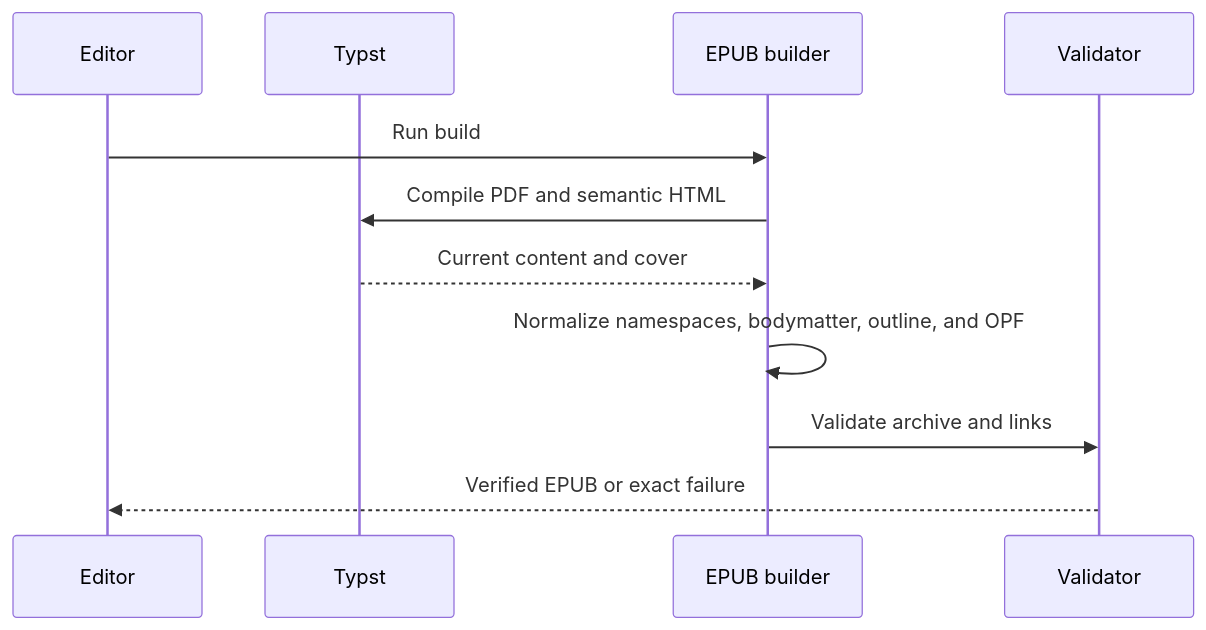
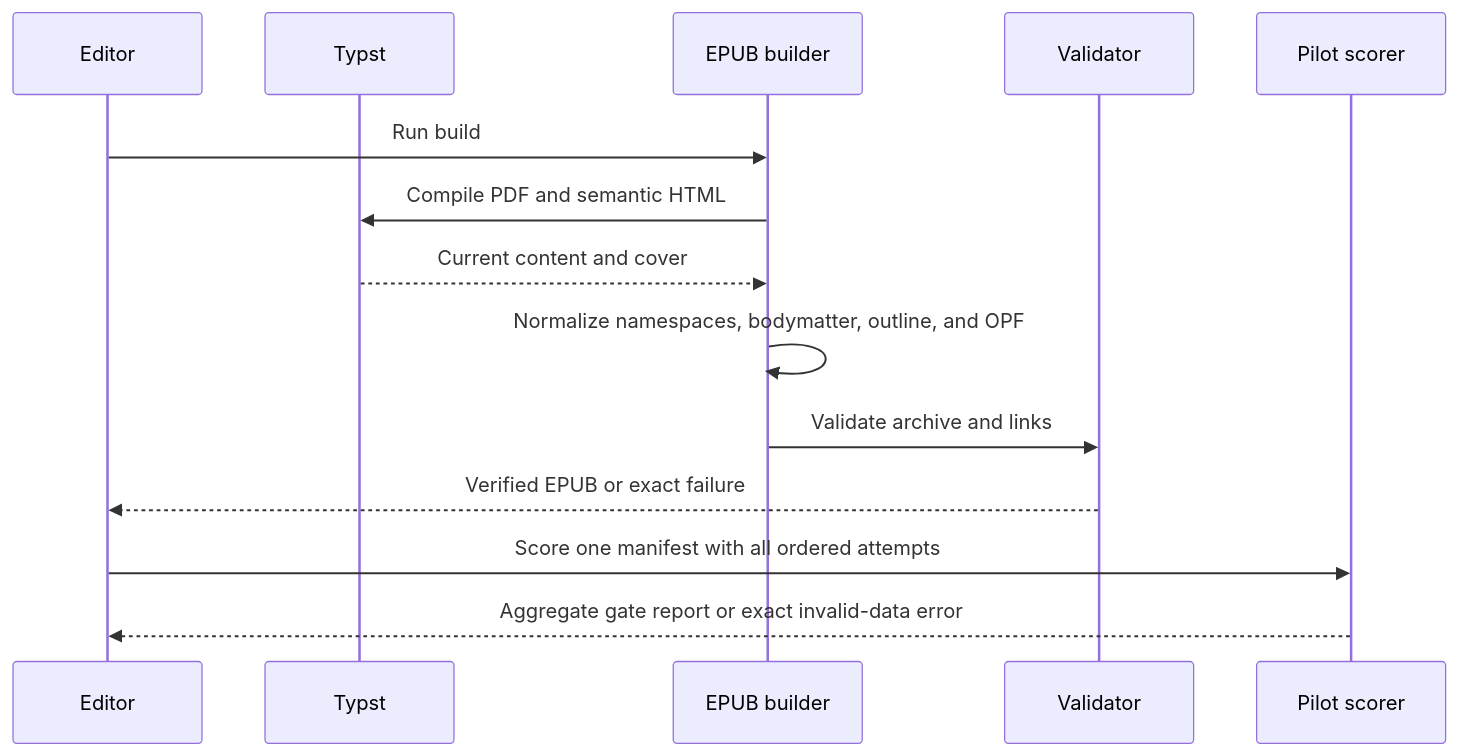
Before and after one commit to streamentry/streamentry: the third of 5 diagrams in scripts/AGENTS.md, drawn with Mermaid. The commit also changed other lines of this file and 45 other files, not shown here.

````diff
--- a/scripts/AGENTS.md
+++ b/scripts/AGENTS.md
@@ -46,13 +59,16 @@
 ```mermaid
 sequenceDiagram
   participant U as Editor
   participant T as Typst
   participant B as EPUB builder
   participant V as Validator
+  participant S as Pilot scorer
   U->>B: Run build
   B->>T: Compile PDF and semantic HTML
   T-->>B: Current content and cover
   B->>B: Normalize namespaces, bodymatter, outline, and OPF
   B->>V: Validate archive and links
   V-->>U: Verified EPUB or exact failure
+  U->>S: Score one manifest with all ordered attempts
+  S-->>U: Aggregate gate report or exact invalid-data error
 ```
````
